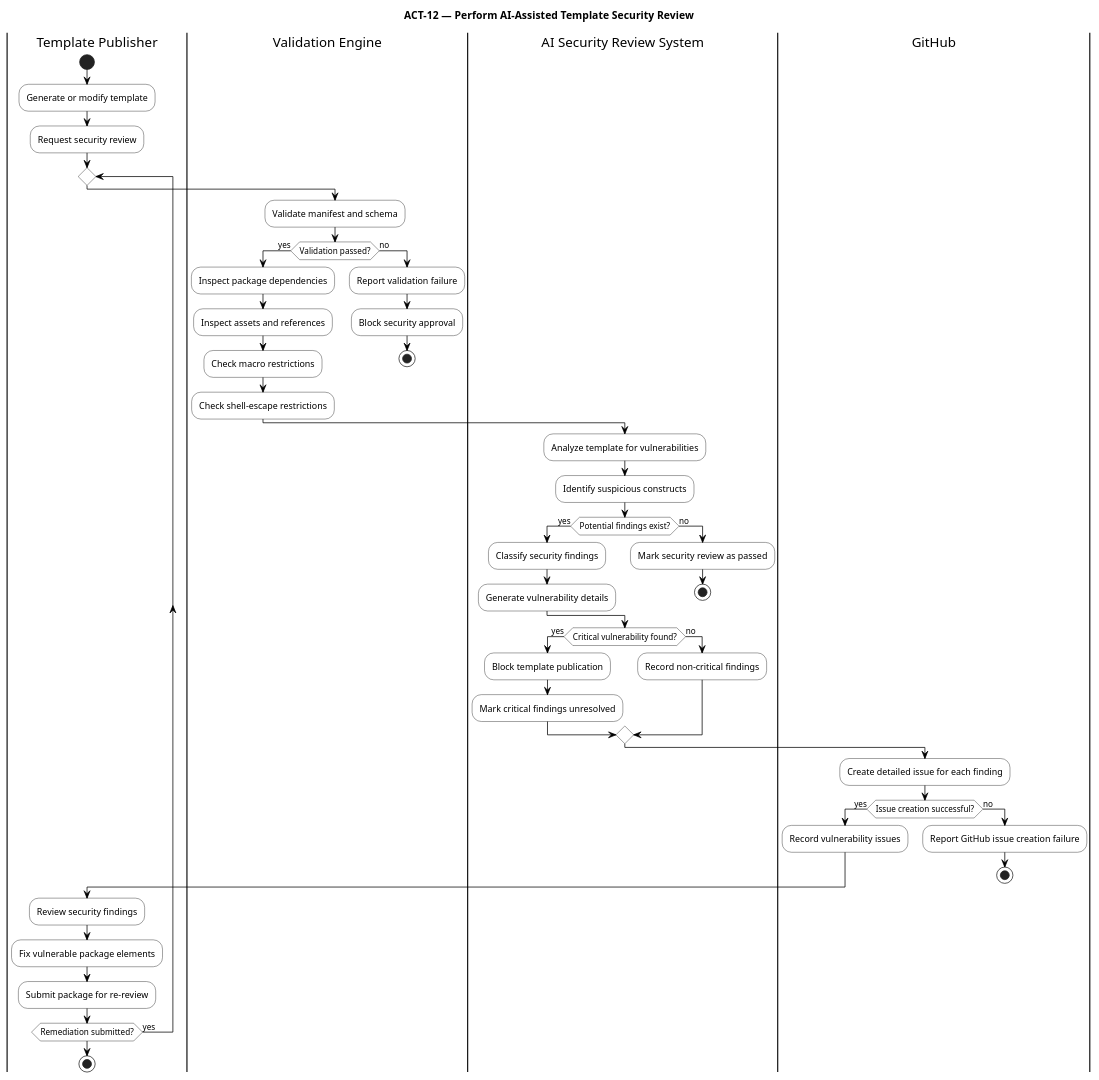
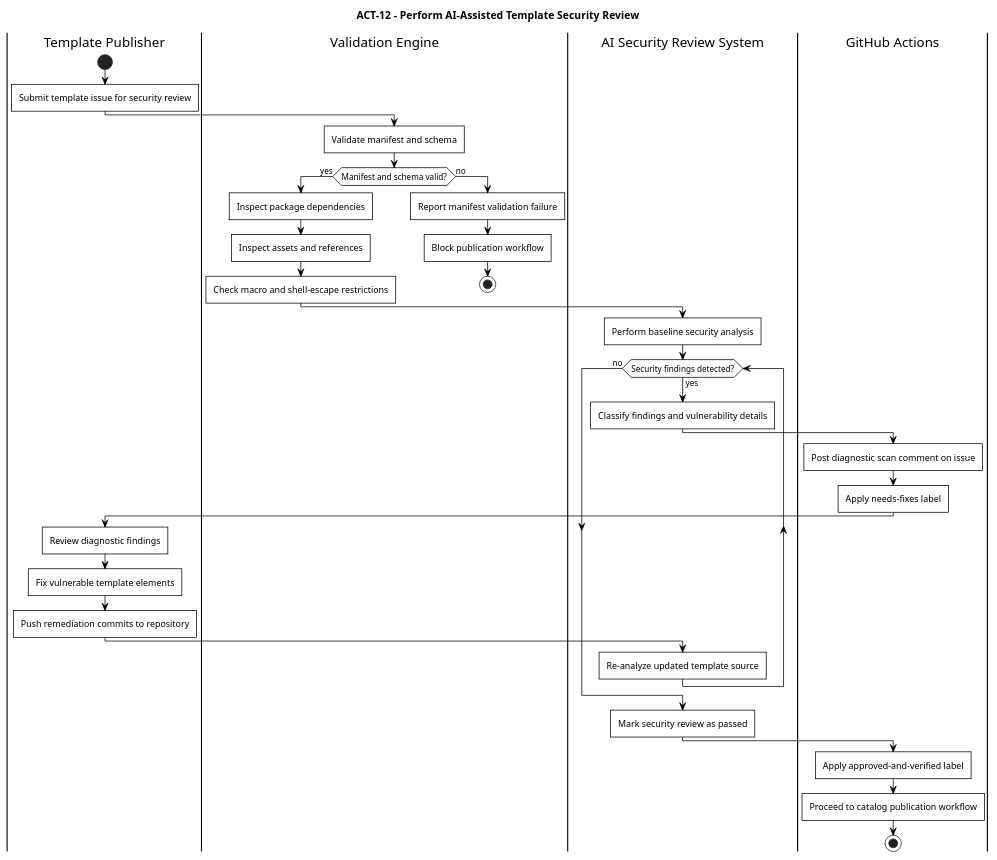
One commit to Litho-MD/uet-fyp-docs changed the diagram in diagrams/puml/activity/12-security-review.puml. Above: the diagram before and after it, drawn with PlantUML. The commit also changed 15 other files, not shown here.

Commit message:
feat(diagrams): harmonize AI authoring, security review, and MCP diagrams with diamond loops, clean exits, and sequence modeling

```diff
--- a/diagrams/puml/activity/12-security-review.puml
+++ b/diagrams/puml/activity/12-security-review.puml
@@ -1,71 +1,59 @@
 @startuml
-title ACT-12 — Perform AI-Assisted Template Security Review
+title ACT-12 - Perform AI-Assisted Template Security Review
 
 skinparam monochrome true
 skinparam backgroundColor white
 skinparam shadowing false
+skinparam roundCorner 0
+skinparam defaultTextAlignment center
+skinparam ArrowColor black
+skinparam defaultFontColor black
+skinparam activityBorderThickness 1
 skinparam activity {
     BackgroundColor white
     BorderColor black
     FontColor black
     DiamondBackgroundColor white
     DiamondBorderColor black
 }
-skinparam ArrowColor black
-skinparam defaultFontColor black
 
 |Template Publisher|
 start
-:Generate or modify template;
-:Request security review;
+:Submit template issue for security review;
 
-repeat
-    |Validation Engine|
-    :Validate manifest and schema;
-    if (Validation passed?) then (yes)
-        :Inspect package dependencies;
-        :Inspect assets and references;
-        :Check macro restrictions;
-        :Check shell-escape restrictions;
-    else (no)
-        :Report validation failure;
-        :Block security approval;
-        stop
-    endif
+|Validation Engine|
+:Validate manifest and schema;
+if (Manifest and schema valid?) then (yes)
+    :Inspect package dependencies;
+    :Inspect assets and references;
+    :Check macro and shell-escape restrictions;
+else (no)
+    :Report manifest validation failure;
+    :Block publication workflow;
+    stop
+endif
 
+|AI Security Review System|
+:Perform baseline security analysis;
+
+while (Security findings detected?) is (yes)
+    :Classify findings and vulnerability details;
+    |GitHub Actions|
+    :Post diagnostic scan comment on issue;
+    :Apply needs-fixes label;
+    |Template Publisher|
+    :Review diagnostic findings;
+    :Fix vulnerable template elements;
+    :Push remediation commits to repository;
     |AI Security Review System|
-    :Analyze template for vulnerabilities;
-    :Identify suspicious constructs;
-    if (Potential findings exist?) then (yes)
-        :Classify security findings;
-        :Generate vulnerability details;
-    else (no)
-        :Mark security review as passed;
-        stop
-    endif
+    :Re-analyze updated template source;
+endwhile (no)
 
-    if (Critical vulnerability found?) then (yes)
-        :Block template publication;
-        :Mark critical findings unresolved;
-    else (no)
-        :Record non-critical findings;
-    endif
+|AI Security Review System|
+:Mark security review as passed;
 
-    |GitHub|
-    :Create detailed issue for each finding;
-    if (Issue creation successful?) then (yes)
-        :Record vulnerability issues;
-    else (no)
-        :Report GitHub issue creation failure;
-        stop
-    endif
-
-    |Template Publisher|
-    :Review security findings;
-    :Fix vulnerable package elements;
-    :Submit package for re-review;
-
-repeat while (Remediation submitted?) is (yes)
-
+|GitHub Actions|
+:Apply approved-and-verified label;
+:Proceed to catalog publication workflow;
 stop
 @enduml
```
